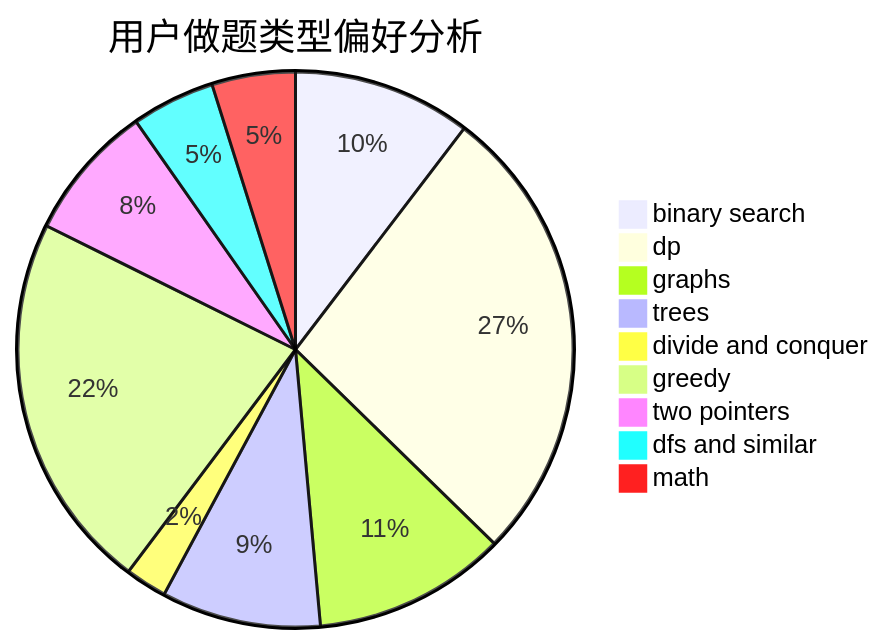
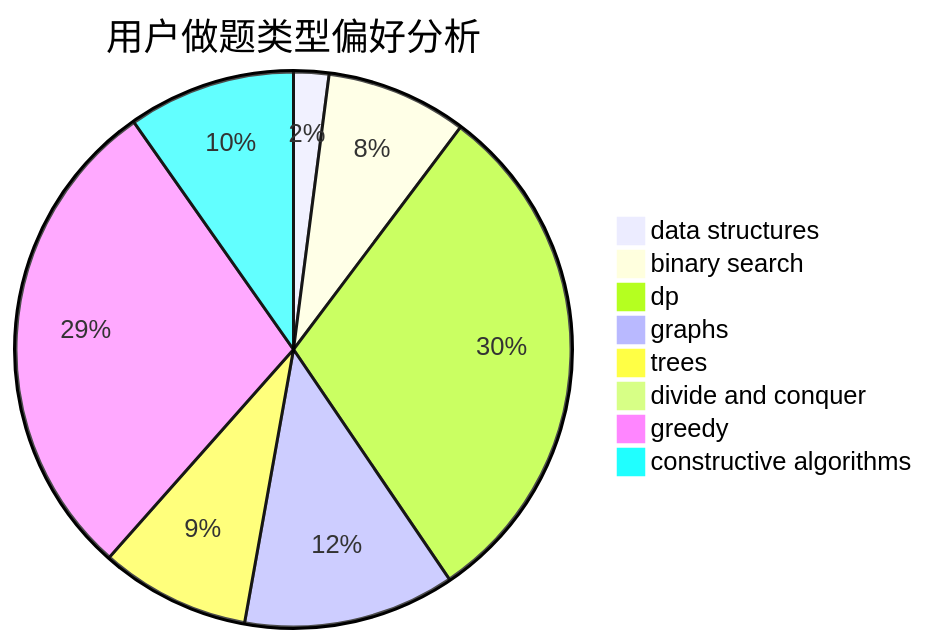
Before and after one commit to sherpahu/cfrs.github.io: the second of 3 diagrams in docs/user/u1339.md, drawn with Mermaid. The commit also changed other lines of this file and 2775 other files, not shown here.

````diff
--- a/docs/user/u1339.md
+++ b/docs/user/u1339.md
@@ -23,12 +23,11 @@
 ```mermaid
 pie title 用户做题类型偏好分析
-    "binary search" :  47
-    "dp" :  122
-    "graphs" :  51
-    "trees" :  42
-    "divide and conquer" :  11
-    "greedy" :  100
-    "two pointers" :  36
-    "dfs and similar" :  22
-    "math" :  22
+    "data structures" :  4
+    "binary search" :  16
+    "dp" :  59
+    "graphs" :  24
+    "trees" :  17
+    "divide and conquer" :  1
+    "greedy" :  56
+    "constructive algorithms" :  19
 ```
````
